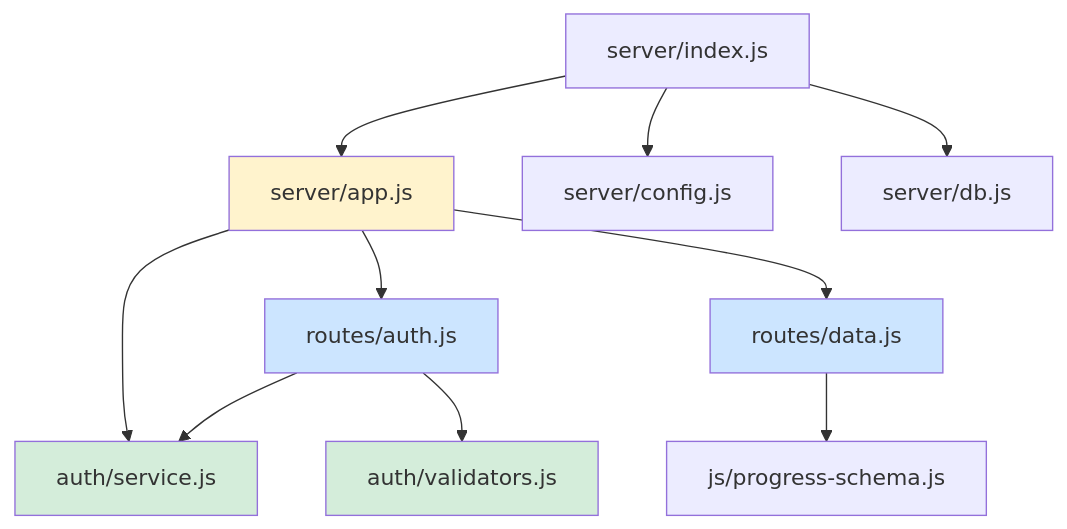
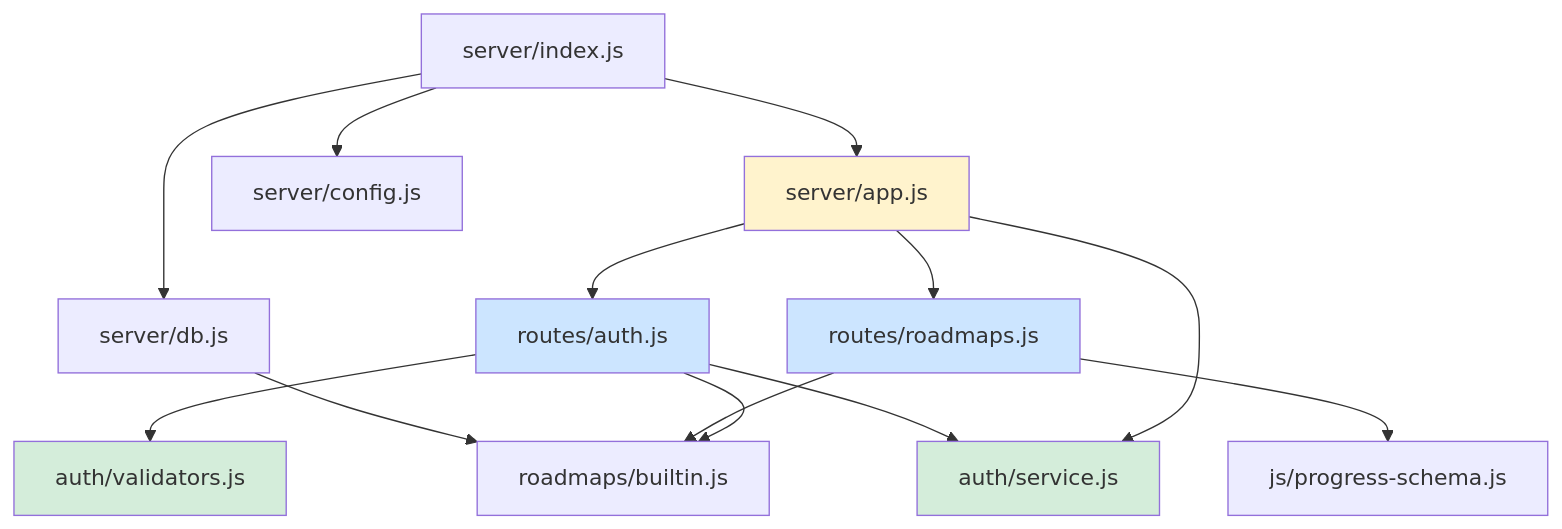
One commit to imkushwaha/roadmap-tracker-app changed the third of 7 diagrams in README.md. Above: the diagram before and after it, drawn with Mermaid. The commit also changed other lines of this file and 24 other files, not shown here.

Commit message:
Add multi-roadmap dashboard (Phase 1): per-user roadmaps with delete/restore

````diff
--- a/README.md
+++ b/README.md
@@ -269,28 +285,32 @@
 ```mermaid
 graph TD
     idx["server/index.js"]
     appfact["server/app.js"]
     cfg["server/config.js"]
     dbmod["server/db.js"]
     authR["routes/auth.js"]
-    dataR["routes/data.js"]
+    roadmapsR["routes/roadmaps.js"]
     svc["auth/service.js"]
     val["auth/validators.js"]
+    builtin["roadmaps/builtin.js"]
     schema["js/progress-schema.js"]
 
     idx --> cfg
     idx --> dbmod
     idx --> appfact
     appfact --> authR
-    appfact --> dataR
+    appfact --> roadmapsR
     appfact --> svc
     authR --> svc
     authR --> val
-    dataR --> schema
+    authR --> builtin
+    roadmapsR --> schema
+    roadmapsR --> builtin
+    dbmod --> builtin
 
     style svc fill:#d4edda
     style val fill:#d4edda
     style authR fill:#cce5ff
-    style dataR fill:#cce5ff
+    style roadmapsR fill:#cce5ff
     style appfact fill:#fff3cd
 ```
````
